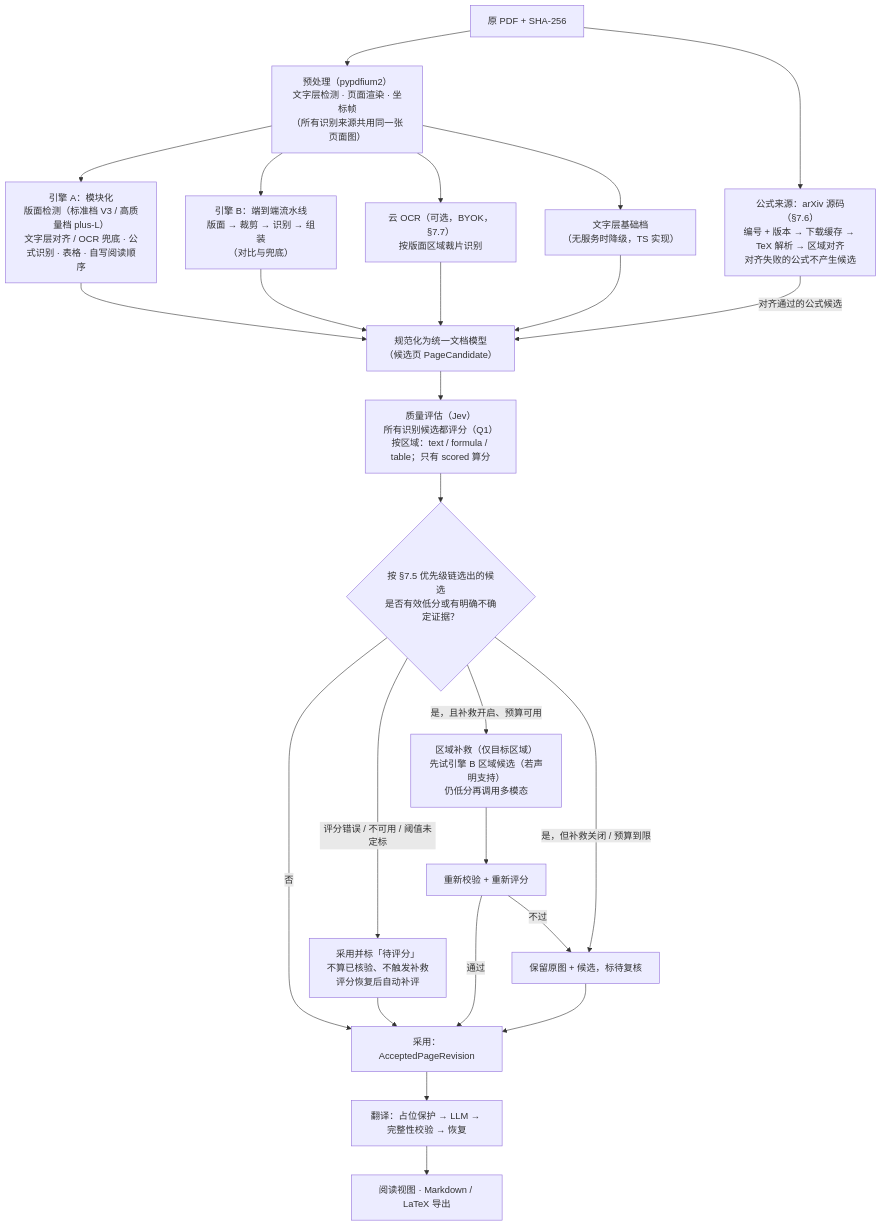
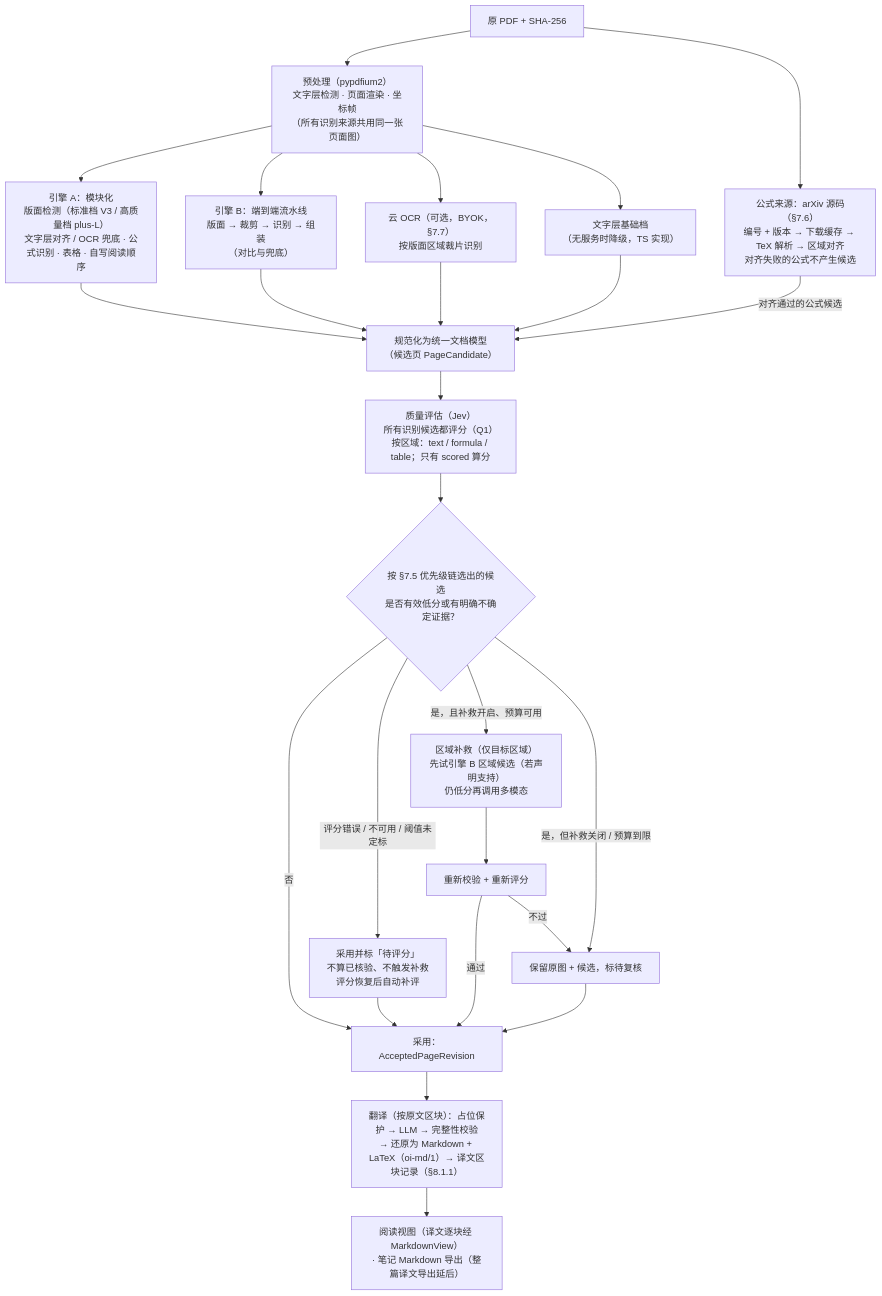
Before and after one commit to wisdom-km/open-immerse-v2: the fourth of 5 diagrams in ARCHITECTURE.md, drawn with Mermaid. The commit also changed other lines of this file, not shown here.

Commit message:
docs(architecture): 新增 markdown 切片（§4.5）与依赖边；译文改为区块记录并按 Markdown 存储（§8.1.1）；KaTeX 选项统一到 contracts/latex-policy

````diff
--- a/ARCHITECTURE.md
+++ b/ARCHITECTURE.md
@@ -522,27 +669,27 @@
 ```mermaid
 flowchart TD
   IN["原 PDF + SHA-256"] --> PRE["预处理（pypdfium2）<br/>文字层检测 · 页面渲染 · 坐标帧<br/>（所有识别来源共用同一张页面图）"]
   IN --> AX["公式来源：arXiv 源码（§7.6）<br/>编号 + 版本 → 下载缓存 → TeX 解析 → 区域对齐<br/>对齐失败的公式不产生候选"]
   PRE --> A["引擎 A：模块化<br/>版面检测（标准档 V3 / 高质量档 plus-L）<br/>文字层对齐 / OCR 兜底 · 公式识别 · 表格 · 自写阅读顺序"]
   PRE --> B["引擎 B：端到端流水线<br/>版面 → 裁剪 → 识别 → 组装<br/>（对比与兜底）"]
   PRE --> CO["云 OCR（可选，BYOK，§7.7）<br/>按版面区域裁片识别"]
   PRE --> T["文字层基础档<br/>（无服务时降级，TS 实现）"]
   A --> N["规范化为统一文档模型<br/>（候选页 PageCandidate）"]
   B --> N
   CO --> N
   T --> N
   AX -- "对齐通过的公式候选" --> N
   N --> Q["质量评估（Jev）<br/>所有识别候选都评分（Q1）<br/>按区域：text / formula / table；只有 scored 算分"]
   Q --> D{"按 §7.5 优先级链选出的候选<br/>是否有效低分或有明确不确定证据？"}
   D -- "否" --> ACC["采用：AcceptedPageRevision"]
   D -- "评分错误 / 不可用 / 阈值未定标" --> PEND["采用并标「待评分」<br/>不算已核验、不触发补救<br/>评分恢复后自动补评"]
   PEND --> ACC
   D -- "是，且补救开启、预算可用" --> RP["区域补救（仅目标区域）<br/>先试引擎 B 区域候选（若声明支持）<br/>仍低分再调用多模态"]
   D -- "是，但补救关闭 / 预算到限" --> FB["保留原图 + 候选，标待复核"]
   RP --> Q2["重新校验 + 重新评分"]
   Q2 -- "通过" --> ACC
   Q2 -- "不过" --> FB
   FB --> ACC
-  ACC --> TR["翻译：占位保护 → LLM → 完整性校验 → 恢复"]
-  TR --> OUT["阅读视图 · Markdown / LaTeX 导出"]
+  ACC --> TR["翻译（按原文区块）：占位保护 → LLM → 完整性校验<br/>→ 还原为 Markdown + LaTeX（oi-md/1）→ 译文区块记录（§8.1.1）"]
+  TR --> OUT["阅读视图（译文逐块经 MarkdownView）<br/>· 笔记 Markdown 导出（整篇译文导出延后）"]
 ```
````
